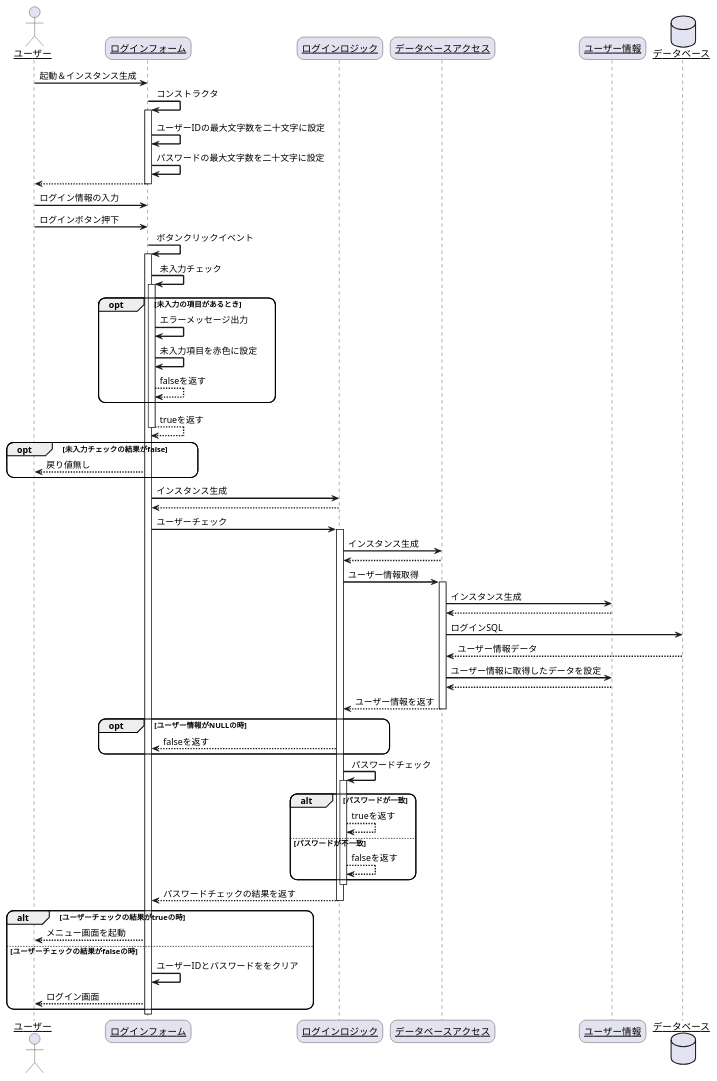
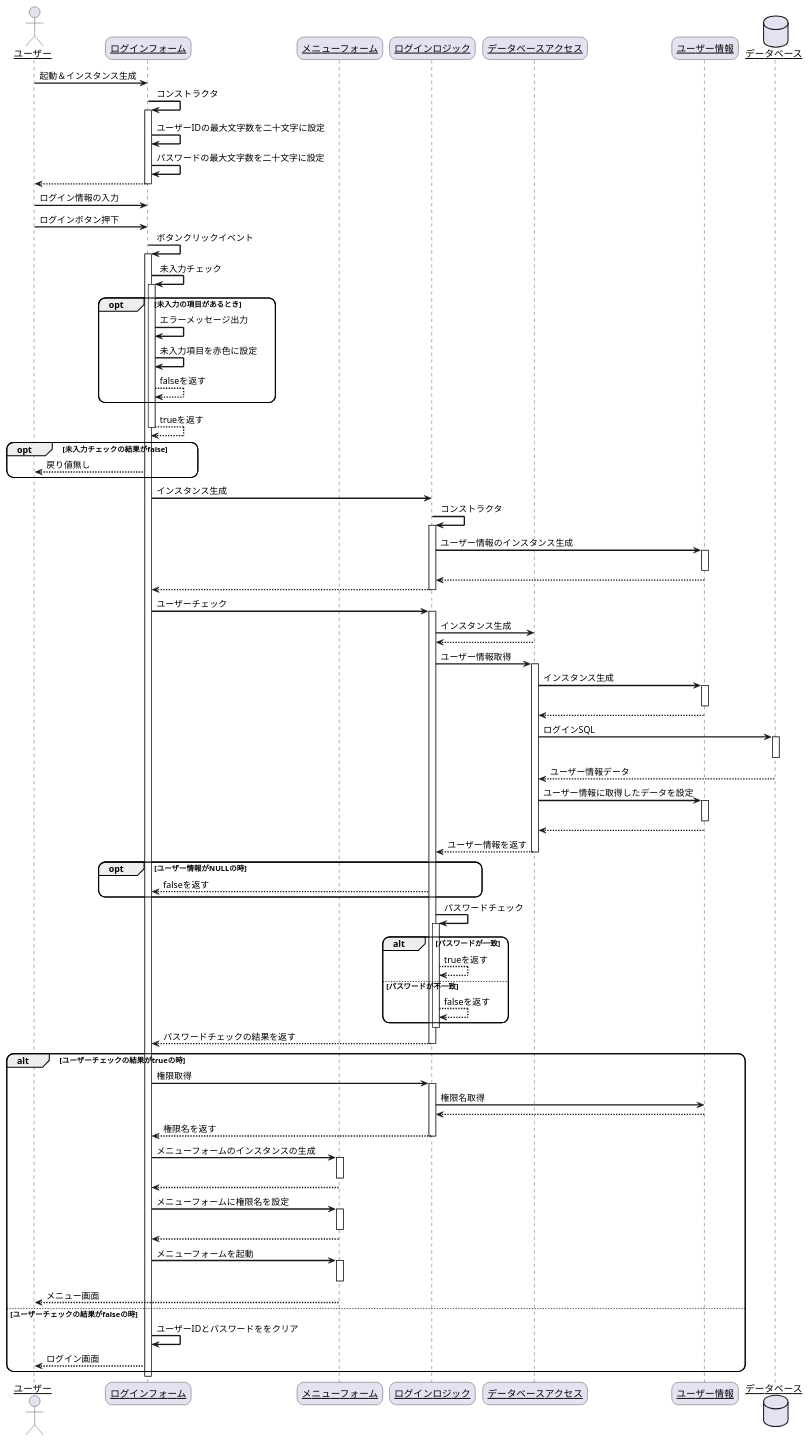
Before and after one commit to R-SAIKI/practiceUML: the diagram in シーケンス図/ログイン.pu, drawn with PlantUML. The commit also changed 7 other files, not shown here.

```diff
--- a/シーケンス図/ログイン.pu
+++ b/シーケンス図/ログイン.pu
@@ -1,77 +1,109 @@
 @startuml
 skinparam sequenceArrowThickness 2
 skinparam roundcorner 20
 skinparam maxmessagesize 60
 skinparam sequenceParticipant underline
 
 actor "ユーザー" as user
 participant "ログインフォーム" as login_form
+participant "メニューフォーム" as menu_form
 participant "ログインロジック" as login_logic
 participant "データベースアクセス" as data_acces
 participant "ユーザー情報" as user_info
 database "データベース" as db
 
 user -> login_form: 起動＆インスタンス生成
 login_form -> login_form: コンストラクタ
 activate login_form
 login_form -> login_form:ユーザーIDの最大文字数を二十文字に設定
 login_form -> login_form:パスワードの最大文字数を二十文字に設定
 
 login_form --> user:
 deactivate login_form
 user -> login_form: ログイン情報の入力
 user -> login_form: ログインボタン押下
 login_form -> login_form: ボタンクリックイベント
 activate login_form
 
 login_form -> login_form: 未入力チェック
 activate login_form
 opt 未入力の項目があるとき
     login_form -> login_form: エラーメッセージ出力
     login_form -> login_form: 未入力項目を赤色に設定
     login_form --> login_form:falseを返す
 end
 login_form --> login_form:trueを返す
 deactivate login_form
 opt 未入力チェックの結果がfalse
     login_form --> user:戻り値無し
 end
 login_form -> login_logic: インスタンス生成
+login_logic -> login_logic: コンストラクタ
+activate login_logic
+login_logic -> user_info: ユーザー情報のインスタンス生成
+activate user_info
+deactivate user_info
+user_info --> login_logic:
 login_logic --> login_form:
+deactivate login_logic
 login_form -> login_logic: ユーザーチェック
 activate login_logic
 login_logic -> data_acces: インスタンス生成
 data_acces --> login_logic:
 login_logic -> data_acces: ユーザー情報取得
 activate data_acces
 
 data_acces -> user_info: インスタンス生成
+activate user_info
+deactivate user_info
 user_info --> data_acces:
 data_acces -> db: ログインSQL
+activate db
+deactivate db
 db --> data_acces: ユーザー情報データ
 data_acces -> user_info: ユーザー情報に取得したデータを設定
+activate user_info
+deactivate user_info
 user_info --> data_acces:
 data_acces --> login_logic: ユーザー情報を返す
 deactivate data_acces
 opt ユーザー情報がNULLの時
     login_logic --> login_form: falseを返す
 end
 login_logic -> login_logic: パスワードチェック
 activate login_logic
 alt パスワードが一致
     login_logic --> login_logic: trueを返す
 else パスワードが不一致
     login_logic --> login_logic: falseを返す
 end
 deactivate login_logic
 login_logic --> login_form: パスワードチェックの結果を返す
 deactivate login_logic
+deactivate login_logic
 alt ユーザーチェックの結果がtrueの時
-    login_form --> user: メニュー画面を起動
+    login_form -> login_logic: 権限取得
+    activate login_logic
+    login_logic -> user_info: 権限名取得
+    user_info --> login_logic: 
+    login_logic --> login_form: 権限名を返す
+    deactivate login_logic
+    login_form -> menu_form: メニューフォームのインスタンスの生成
+    activate menu_form
+    deactivate menu_form
+    menu_form --> login_form: 
+    login_form -> menu_form: メニューフォームに権限名を設定
+    activate menu_form
+    deactivate menu_form
+    menu_form --> login_form: 
+    login_form -> menu_form: メニューフォームを起動
+    activate menu_form
+    deactivate menu_form
+    menu_form --> user: メニュー画面
 else ユーザーチェックの結果がfalseの時
     login_form -> login_form: ユーザーIDとパスワードををクリア
     login_form --> user: ログイン画面
 end
 deactivate login_form
 
 @enduml
```
